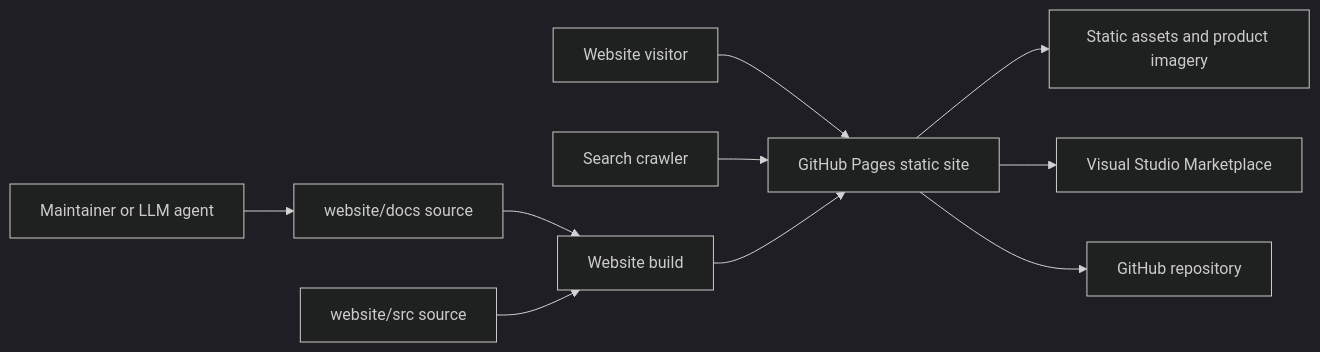
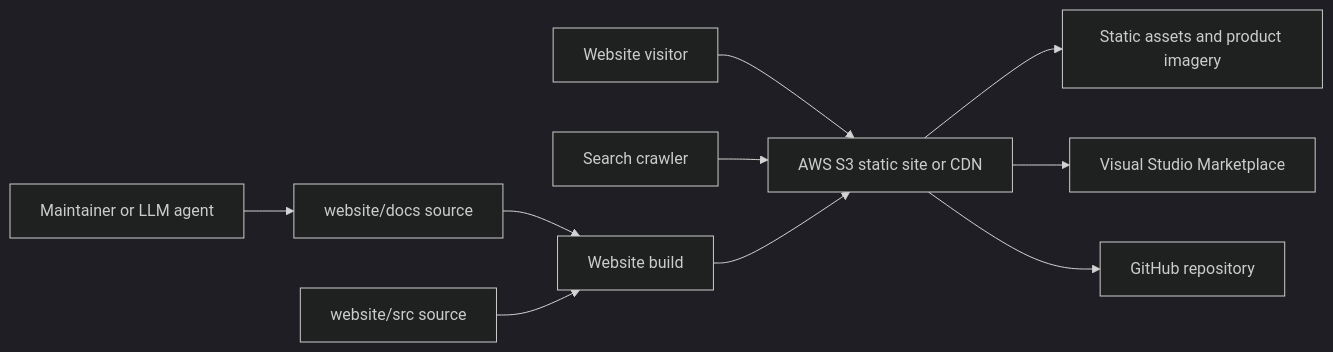
The diagram in website/docs/architecture/index.md (alisonaquinas/flavor-grenade-lsp), drawn with Mermaid (dark theme) before and after one commit. The commit also changed other lines of this file and 19 other files, not shown here.

````diff
--- a/website/docs/architecture/index.md
+++ b/website/docs/architecture/index.md
@@ -28,13 +29,13 @@
 ```mermaid
 flowchart LR
-  Visitor["Website visitor"] --> Pages["GitHub Pages static site"]
-  Search["Search crawler"] --> Pages
-  Pages --> Assets["Static assets and product imagery"]
-  Pages --> Marketplace["Visual Studio Marketplace"]
-  Pages --> GitHub["GitHub repository"]
+  Visitor["Website visitor"] --> Site["AWS S3 static site or CDN"]
+  Search["Search crawler"] --> Site
+  Site --> Assets["Static assets and product imagery"]
+  Site --> Marketplace["Visual Studio Marketplace"]
+  Site --> GitHub["GitHub repository"]
 
   Author["Maintainer or LLM agent"] --> Docs["website/docs source"]
   Docs --> Build["Website build"]
   Source["website/src source"] --> Build
-  Build --> Pages
+  Build --> Site
 ```
````
